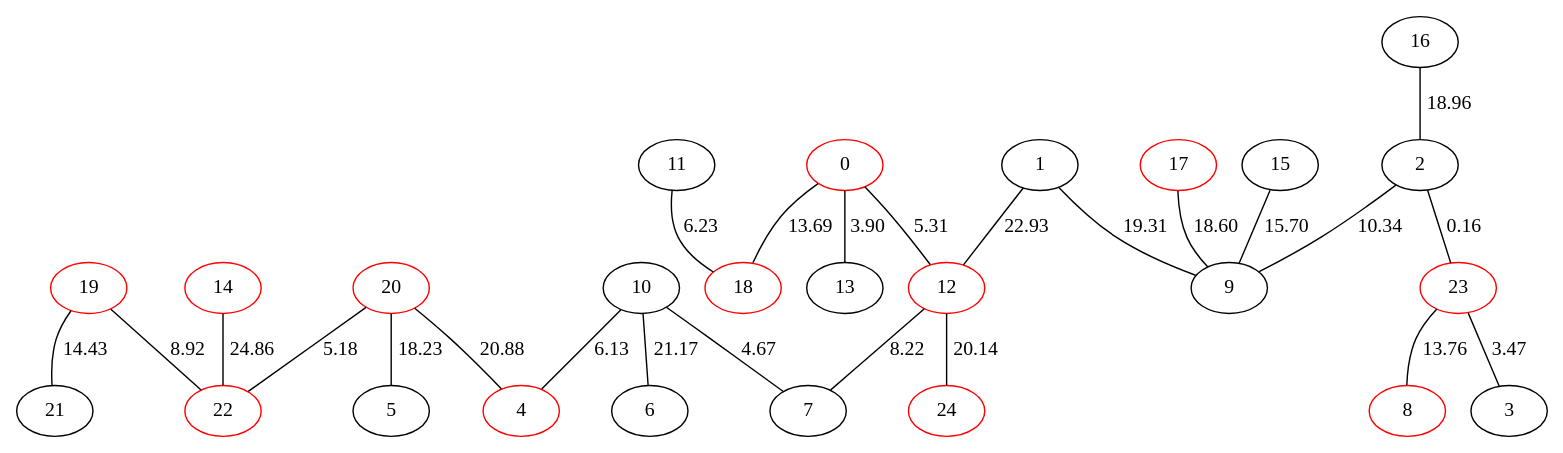
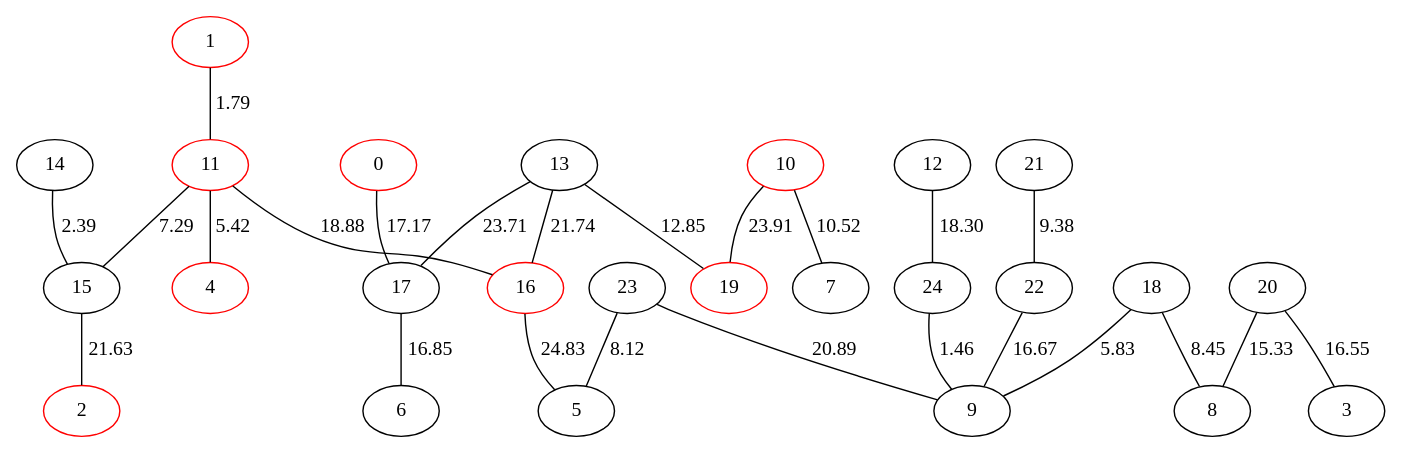
The diagram in example/ConnectedGraph25N.dot (Aura9111/SteinerBA), drawn with Graphviz before and after one commit. The commit also changed 7 other files, not shown here.

```diff
--- a/example/ConnectedGraph25N.dot
+++ b/example/ConnectedGraph25N.dot
@@ -1,51 +1,51 @@
 graph {
-22[color=red]
-23[color=red]
-24[color=red]
-10[color=black]
-11[color=black]
-12[color=red]
+22[color=black]
+23[color=black]
+24[color=black]
+10[color=red]
+11[color=red]
+12[color=black]
 13[color=black]
-14[color=red]
+14[color=black]
 15[color=black]
-16[color=black]
-17[color=red]
-18[color=red]
+16[color=red]
+17[color=black]
+18[color=black]
 19[color=red]
 0[color=red]
-1[color=black]
-2[color=black]
+1[color=red]
+2[color=red]
 3[color=black]
 4[color=red]
 5[color=black]
 6[color=black]
 7[color=black]
-8[color=red]
+8[color=black]
 9[color=black]
-20[color=red]
+20[color=black]
 21[color=black]
-20--5[label=18.23]
-20--4[label=20.88]
-11--18[label=6.23]
-2--23[label=0.16]
-16--2[label=18.96]
-0--12[label=5.31]
-23--3[label=3.47]
-0--13[label=3.90]
-14--22[label=24.86]
-0--18[label=13.69]
-23--8[label=13.76]
-2--9[label=10.34]
-12--24[label=20.14]
-10--7[label=4.67]
-19--21[label=14.43]
-1--12[label=22.93]
-20--22[label=5.18]
-10--4[label=6.13]
-19--22[label=8.92]
-1--9[label=19.31]
-15--9[label=15.70]
-10--6[label=21.17]
-17--9[label=18.60]
-12--7[label=8.22]
+11--16[label=18.88]
+23--9[label=20.89]
+11--15[label=7.29]
+22--9[label=16.67]
+20--3[label=16.55]
+15--2[label=21.63]
+13--16[label=21.74]
+21--22[label=9.38]
+14--15[label=2.39]
+13--17[label=23.71]
+13--19[label=12.85]
+23--5[label=8.12]
+20--8[label=15.33]
+0--17[label=17.17]
+24--9[label=1.46]
+10--19[label=23.91]
+12--24[label=18.30]
+10--7[label=10.52]
+1--11[label=1.79]
+16--5[label=24.83]
+17--6[label=16.85]
+11--4[label=5.42]
+18--8[label=8.45]
+18--9[label=5.83]
 }
```
